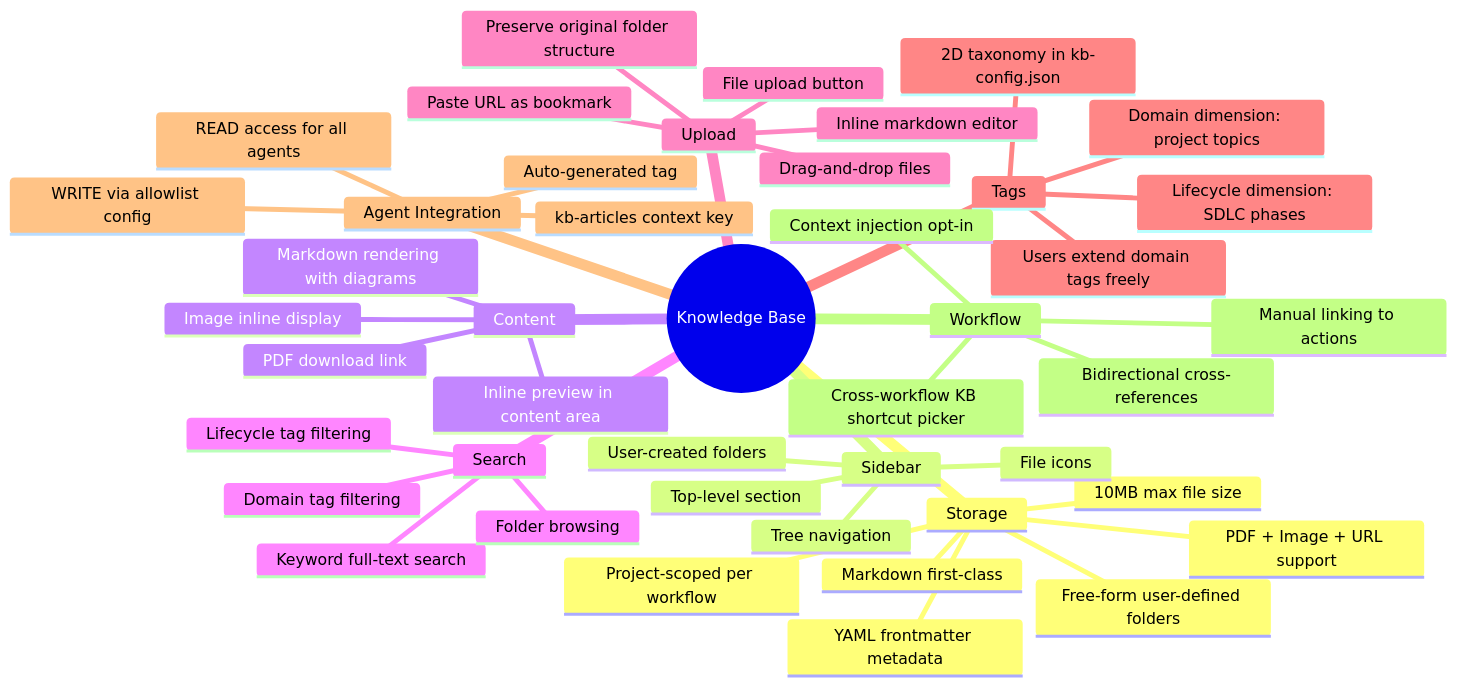
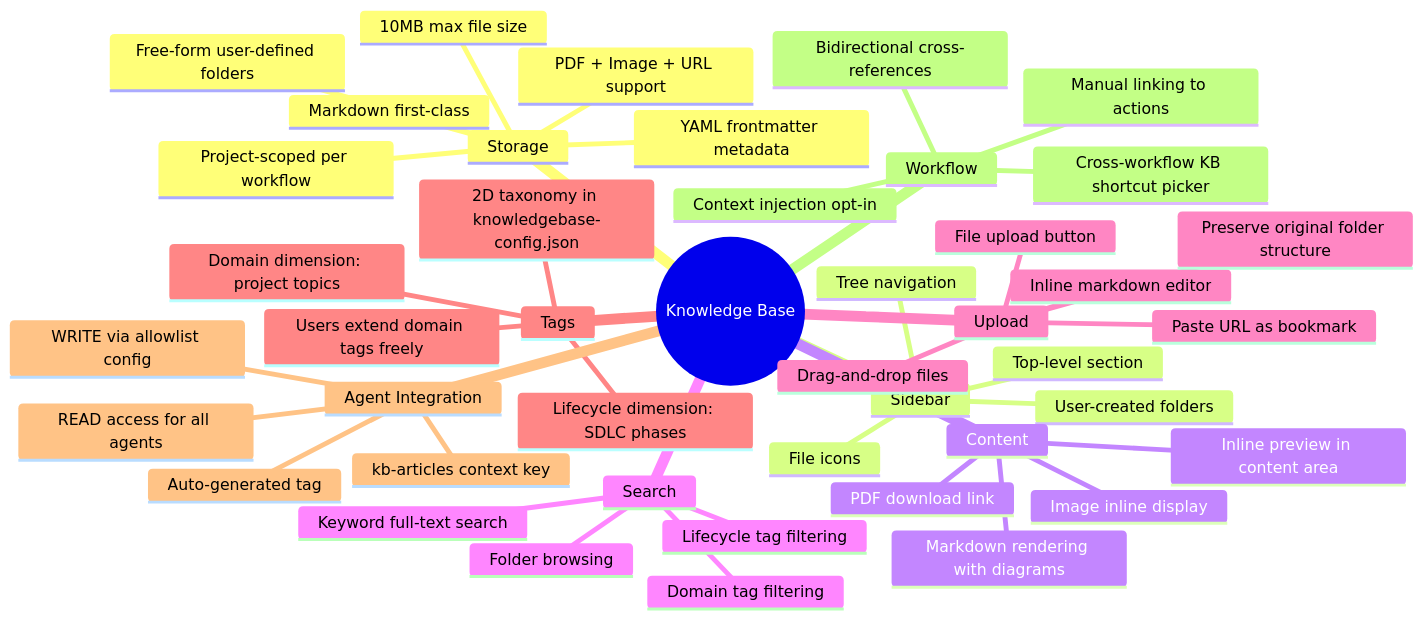
One commit to Young-Z/X-IPE changed the second of 4 diagrams in x-ipe-docs/ideas/wf-007-knowledge-base-implementation/refined-idea/idea-summary-v1.md. Above: the diagram before and after it, drawn with Mermaid. The commit also changed other lines of this file and 61 other files, not shown here.

````diff
--- a/x-ipe-docs/ideas/wf-007-knowledge-base-implementation/refined-idea/idea-summary-v1.md
+++ b/x-ipe-docs/ideas/wf-007-knowledge-base-implementation/refined-idea/idea-summary-v1.md
@@ -100,47 +100,47 @@
 ```mermaid
 mindmap
   root((Knowledge Base))
     Storage
       Project-scoped per workflow
       Free-form user-defined folders
       Markdown first-class
       PDF + Image + URL support
       YAML frontmatter metadata
       10MB max file size
     Sidebar
       Top-level section
       Tree navigation
       User-created folders
       File icons
     Content
       Inline preview in content area
       Markdown rendering with diagrams
       Image inline display
       PDF download link
     Search
       Keyword full-text search
       Lifecycle tag filtering
       Domain tag filtering
       Folder browsing
     Upload
       Drag-and-drop files
       Paste URL as bookmark
       Inline markdown editor
       File upload button
       Preserve original folder structure
     Tags
-      2D taxonomy in kb-config.json
+      2D taxonomy in knowledgebase-config.json
       Lifecycle dimension: SDLC phases
       Domain dimension: project topics
       Users extend domain tags freely
     Agent Integration
       READ access for all agents
       WRITE via allowlist config
       Auto-generated tag
       kb-articles context key
     Workflow
       Manual linking to actions
       Context injection opt-in
       Bidirectional cross-references
       Cross-workflow KB shortcut picker
 ```
````
